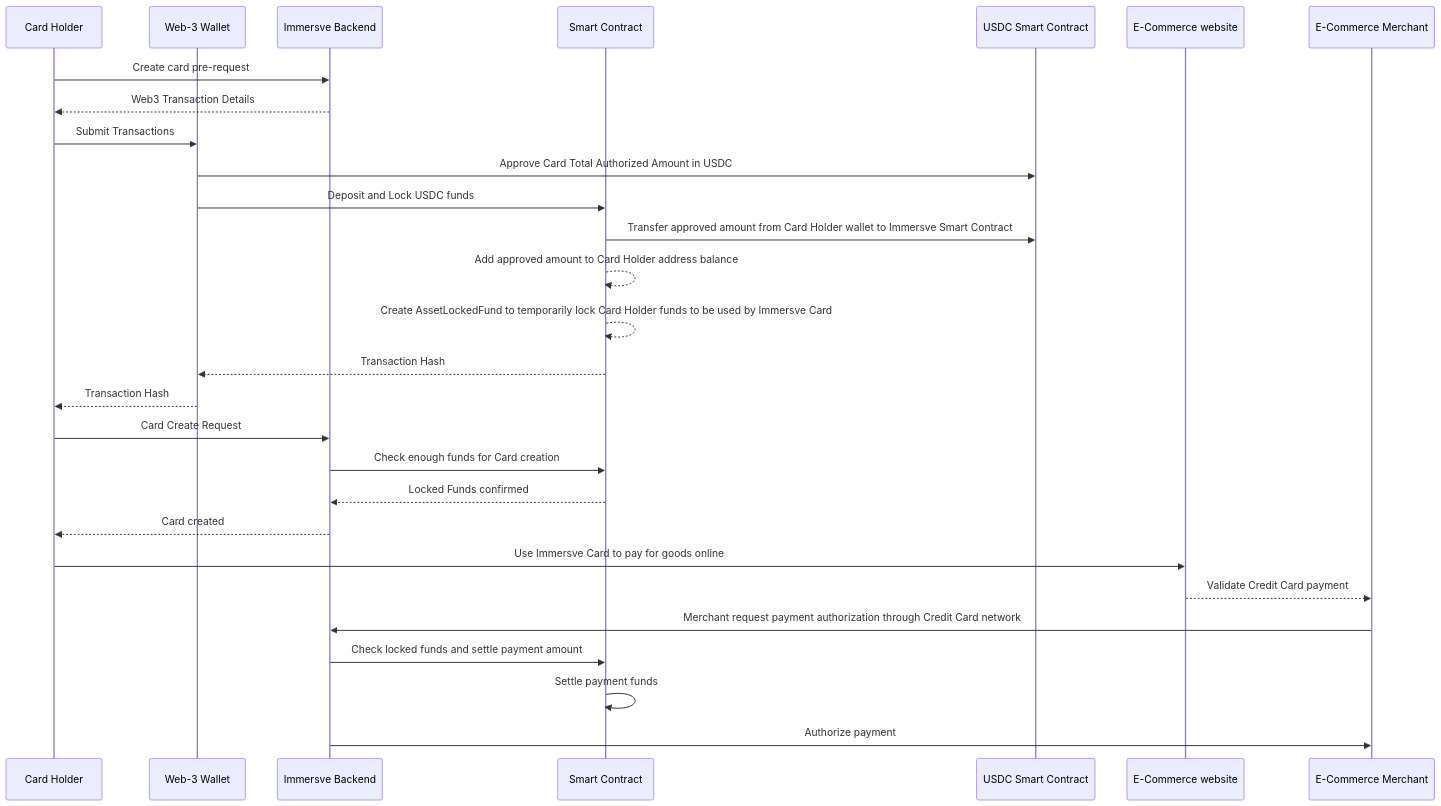
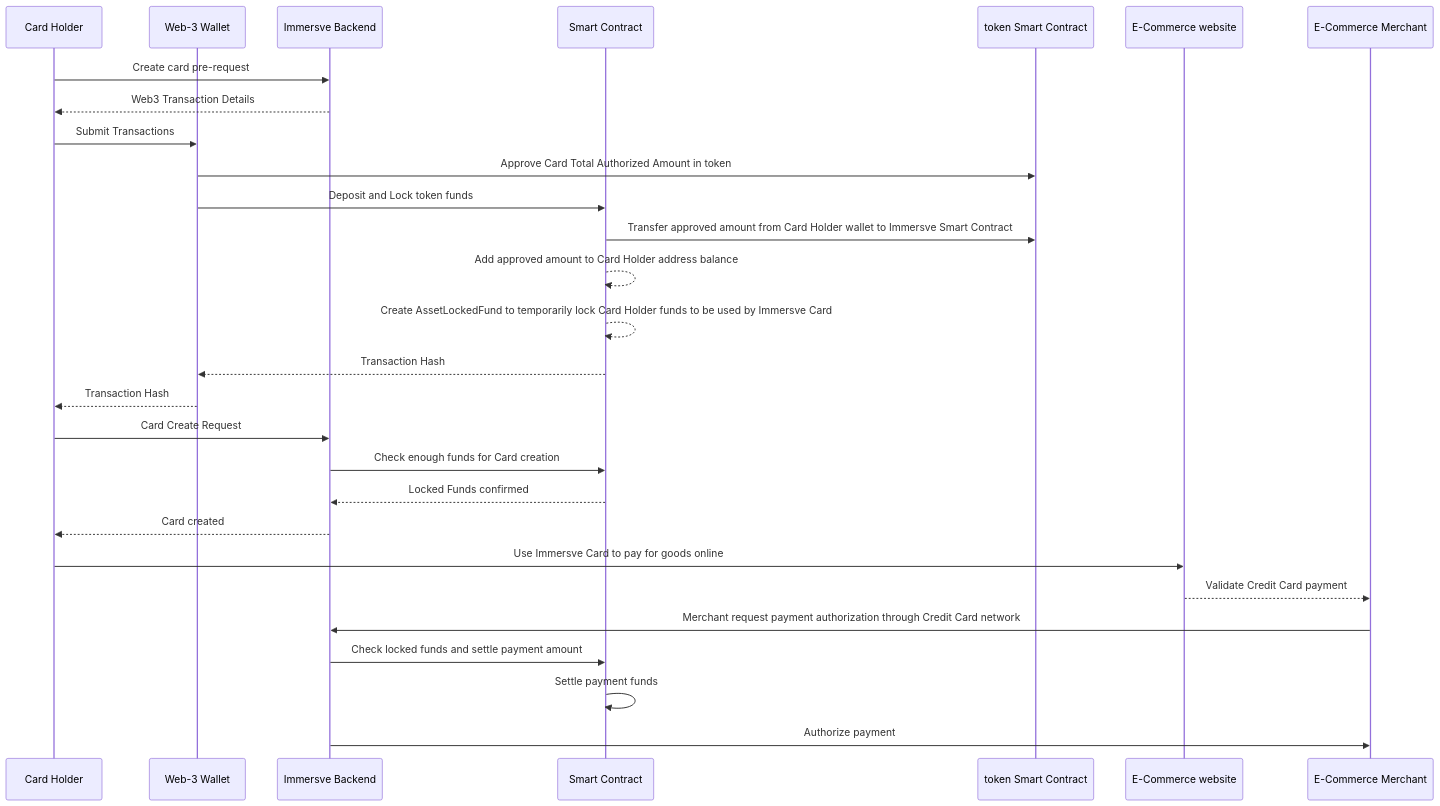
Before and after one commit to immersve/immersve-docs: the second of 2 diagrams in docs/contracts/payment-protocol.md, drawn with Mermaid. The commit also changed other lines of this file, not shown here.

Commit message:
Replace USDC references with Token as the smart contract is more generic now

````diff
--- a/docs/contracts/payment-protocol.md
+++ b/docs/contracts/payment-protocol.md
@@ -231,30 +249,30 @@
 ```mermaid
 sequenceDiagram
     participant H as Card Holder
     participant W as Web-3 Wallet
     participant I as Immersve Backend
     participant S as Smart Contract
-    participant U as USDC Smart Contract
+    participant U as token Smart Contract
     participant E as E-Commerce website
     participant M as E-Commerce Merchant
     H->>I: Create card pre-request
     I-->>H: Web3 Transaction Details
     H->>W: Submit Transactions
-    W->>U: Approve Card Total Authorized Amount in USDC
-    W->>S: Deposit and Lock USDC funds
+    W->>U: Approve Card Total Authorized Amount in token
+    W->>S: Deposit and Lock token funds
     S->>U: Transfer approved amount from Card Holder wallet to Immersve Smart Contract
     S-->>S: Add approved amount to Card Holder address balance
     S-->>S: Create AssetLockedFund to temporarily lock Card Holder funds to be used by Immersve Card
     S-->>W: Transaction Hash
     W-->>H: Transaction Hash
     H->>I: Card Create Request
     I->>S: Check enough funds for Card creation
     S-->>I: Locked Funds confirmed
     I-->>H: Card created
     H->>E: Use Immersve Card to pay for goods online
     E-->>M: Validate Credit Card payment
     M->>I: Merchant request payment authorization through Credit Card network
     I->>S: Check locked funds and settle payment amount
     S->>S: Settle payment funds
     I->>M: Authorize payment
 ```
````
